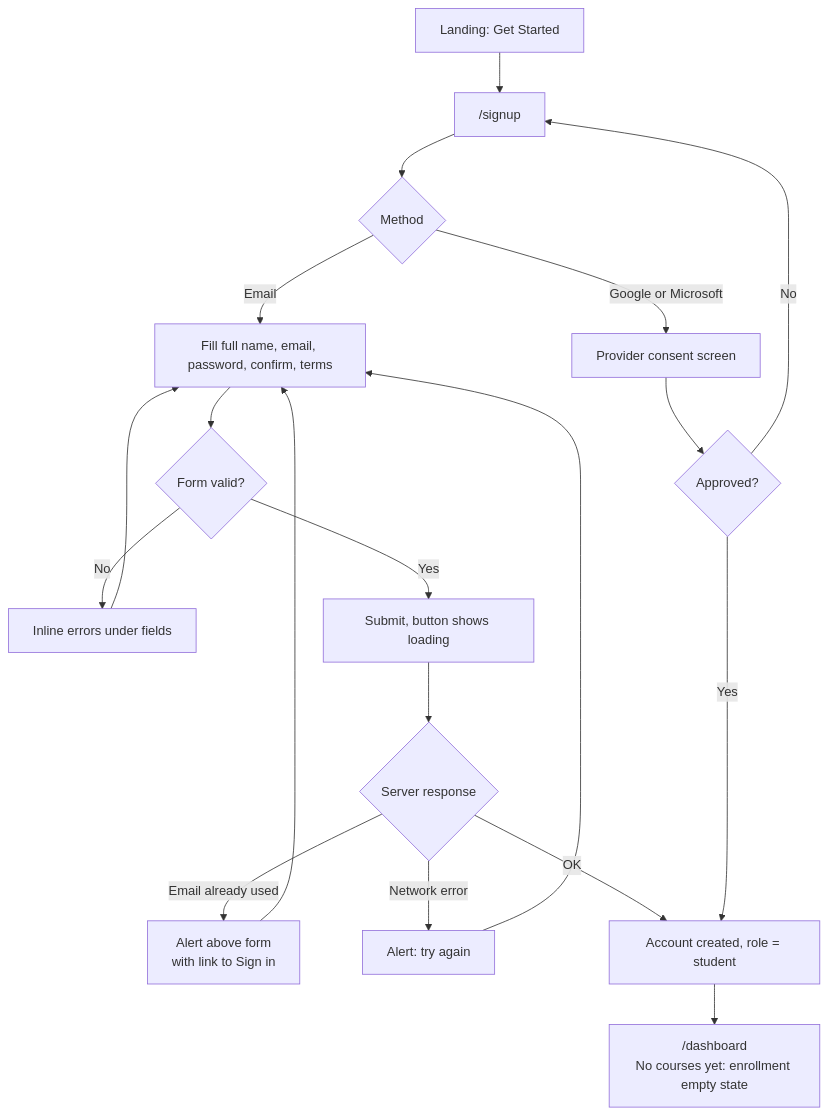
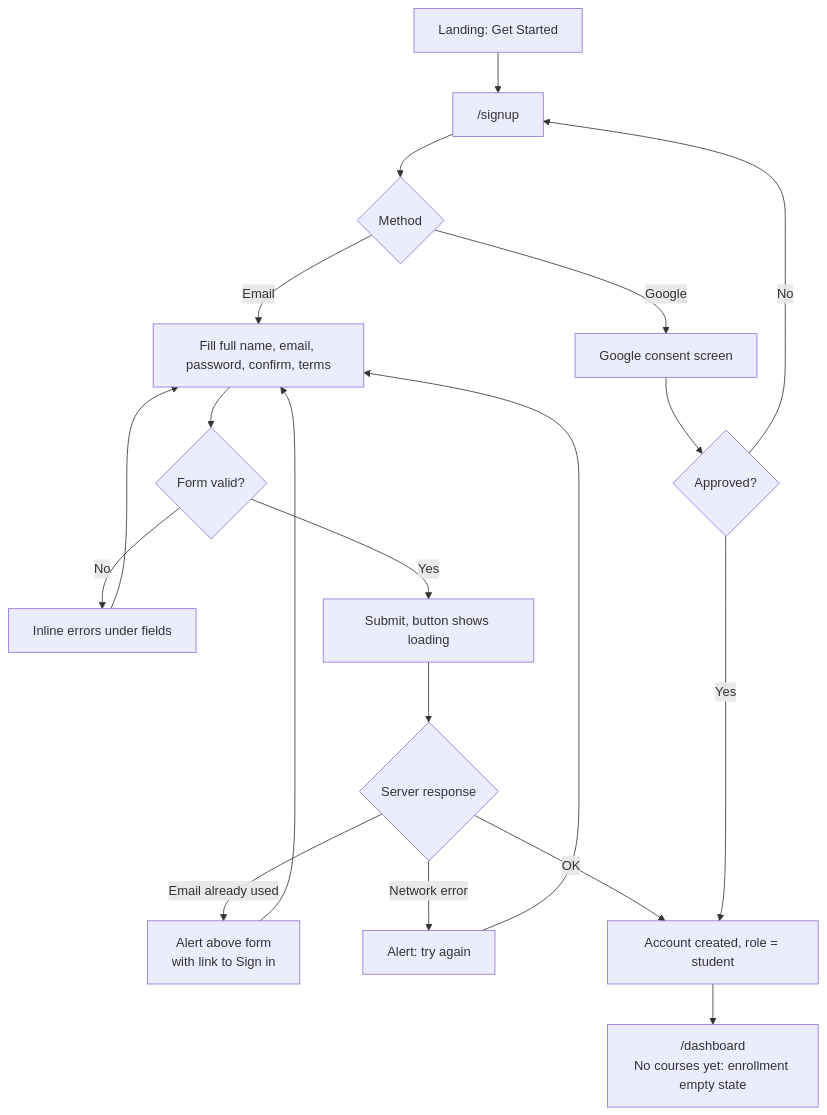
Before and after one commit to Ndukwopeace/CoNote: the second of 13 diagrams in docs/USER_FLOWS.md, drawn with Mermaid. The commit also changed other lines of this file and 10 other files, not shown here.

````diff
--- a/docs/USER_FLOWS.md
+++ b/docs/USER_FLOWS.md
@@ -142,18 +142,18 @@
 ```mermaid
 flowchart TD
   A["Landing: Get Started"] --> B["/signup"]
   B --> C{"Method"}
   C -- "Email" --> D["Fill full name, email, password, confirm, terms"]
   D --> E{"Form valid?"}
   E -- "No" --> F["Inline errors under fields"] --> D
   E -- "Yes" --> G["Submit, button shows loading"]
   G --> H{"Server response"}
   H -- "Email already used" --> I["Alert above form<br/>with link to Sign in"] --> D
   H -- "Network error" --> J["Alert: try again"] --> D
   H -- "OK" --> K["Account created, role = student"]
-  C -- "Google or Microsoft" --> L["Provider consent screen"]
+  C -- "Google" --> L["Google consent screen"]
   L --> M{"Approved?"}
   M -- "No" --> B
   M -- "Yes" --> K
   K --> N["/dashboard<br/>No courses yet: enrollment empty state"]
 ```
````
